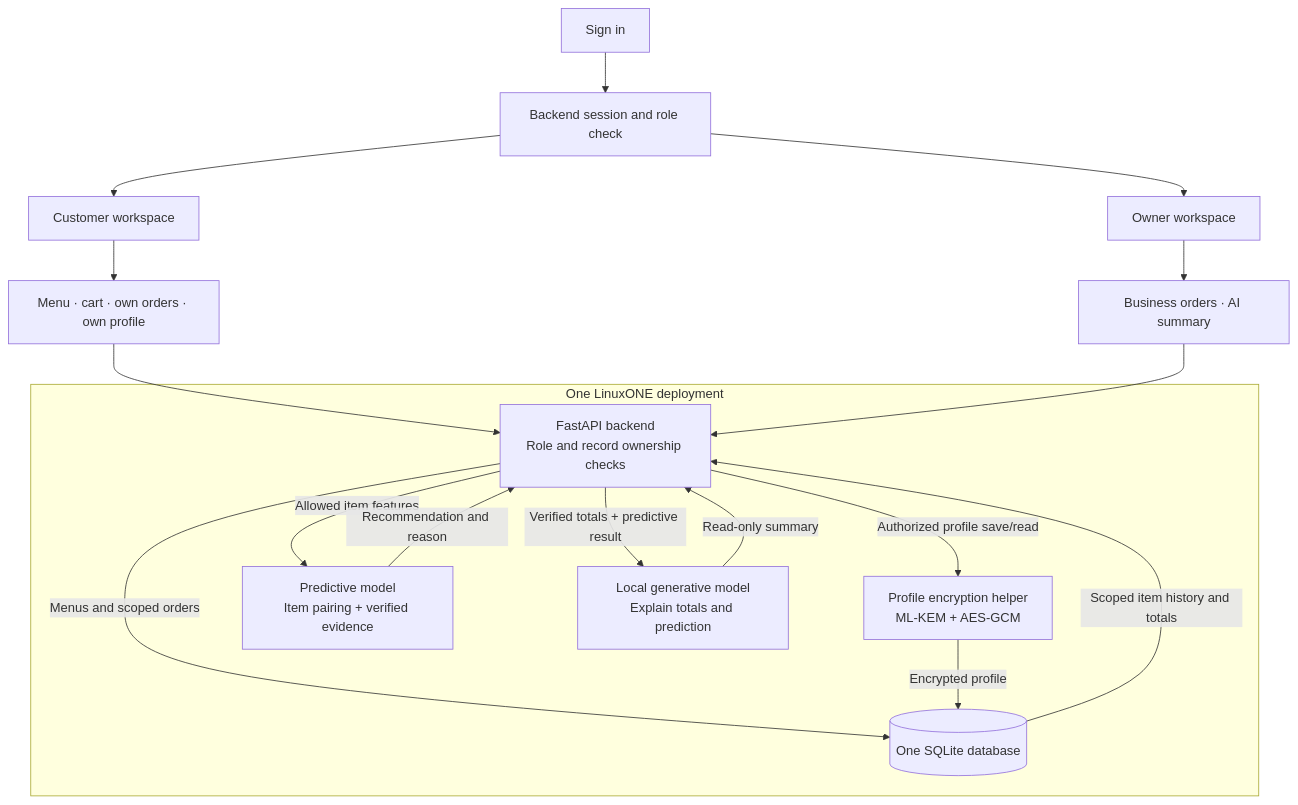
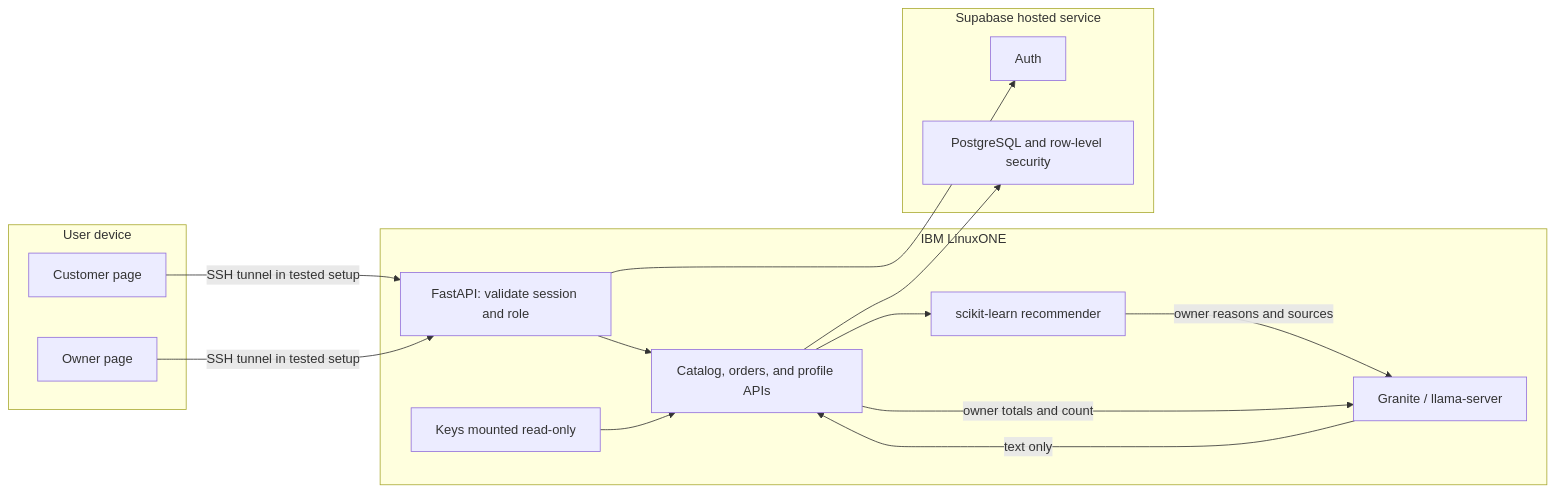
Before and after one commit to shivbatra999/linux1-datathon-F26-DallasComets: the first of 2 diagrams in docs/ARCHITECTURE.md, drawn with Mermaid. The commit also changed other lines of this file and 12 other files, not shown here.

Commit message:
Document completed LinuxONE application AI and security verification

````diff
--- a/docs/ARCHITECTURE.md
+++ b/docs/ARCHITECTURE.md
@@ -3,25 +7,28 @@
 ```mermaid
-flowchart TB
-    L[Sign in] --> R[Backend session and role check]
-    R --> C[Customer workspace]
-    R --> O[Owner workspace]
-    C --> CA[Menu · cart · own orders · own profile]
-    O --> OA[Business orders · AI summary]
-    subgraph LinuxONE[One LinuxONE deployment]
-        API[FastAPI backend\nRole and record ownership checks]
-        DB[(One SQLite database)]
-        CR[Profile encryption helper\nML-KEM + AES-GCM]
-        P[Predictive model\nItem pairing + verified evidence]
-        G[Local generative model\nExplain totals and prediction]
-        API -->|Menus and scoped orders| DB
-        API -->|Authorized profile save/read| CR
-        CR -->|Encrypted profile| DB
-        DB -->|Scoped item history and totals| API
-        API -->|Allowed item features| P
-        P -->|Recommendation and reason| API
-        API -->|Verified totals + predictive result| G
-        G -->|Read-only summary| API
-    end
-    CA --> API
-    OA --> API
+flowchart LR
+  subgraph Device[User device]
+    C[Customer page]
+    O[Owner page]
+  end
+  subgraph Z[IBM LinuxONE]
+    A[FastAPI: validate session and role]
+    R[Catalog, orders, and profile APIs]
+    P[scikit-learn recommender]
+    G[Granite / llama-server]
+    K[Keys mounted read-only]
+    A --> R
+    R --> P
+    P -->|owner reasons and sources| G
+    R -->|owner totals and count| G
+    K --> R
+  end
+  subgraph Cloud[Supabase hosted service]
+    AU[Auth]
+    DB[PostgreSQL and row-level security]
+  end
+  C -->|SSH tunnel in tested setup| A
+  O -->|SSH tunnel in tested setup| A
+  A --> AU
+  R --> DB
+  G -->|text only| R
 ```
````
